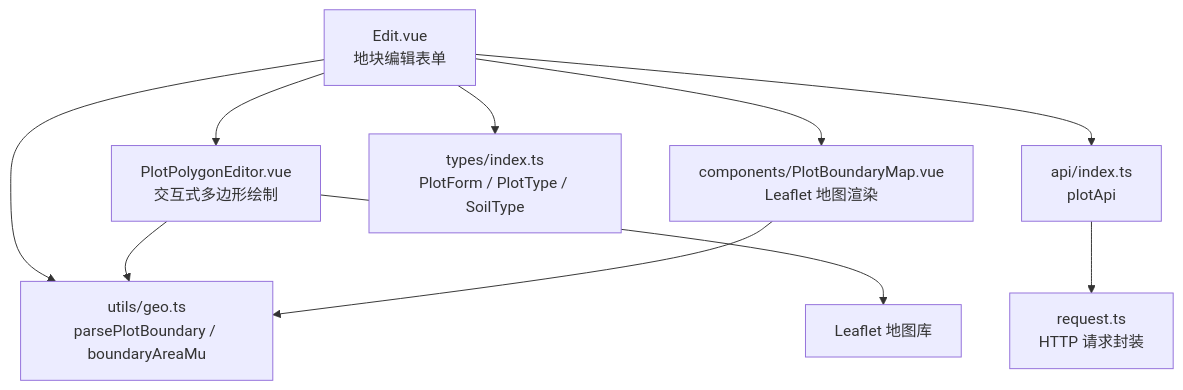
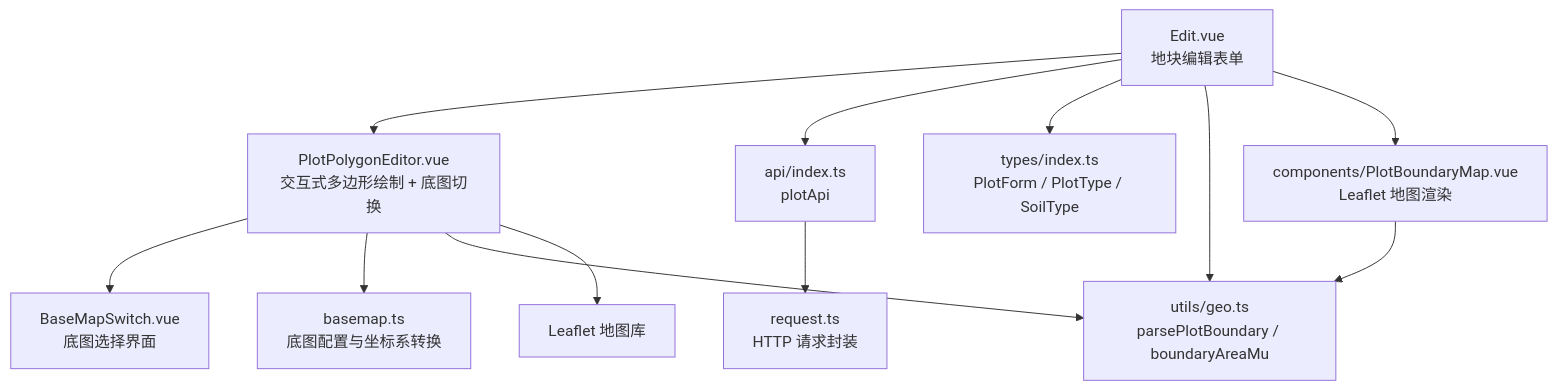
One commit to q446328246/agri-platform changed the first of 9 diagrams in .qoder/repowiki/zh/content/前端应用文档/核心页面/地块管理页面/地块编辑页面.md. Above: the diagram before and after it, drawn with Mermaid. The commit also changed other lines of this file and 48 other files, not shown here.

````diff
--- a/.qoder/repowiki/zh/content/前端应用文档/核心页面/地块管理页面/地块编辑页面.md
+++ b/.qoder/repowiki/zh/content/前端应用文档/核心页面/地块管理页面/地块编辑页面.md
@@ -51,12 +58,14 @@
 ```mermaid
 graph TB
-Edit["Edit.vue<br/>地块编辑表单"] --> PlotPolygonEditor["PlotPolygonEditor.vue<br/>交互式多边形绘制"]
+Edit["Edit.vue<br/>地块编辑表单"] --> PlotPolygonEditor["PlotPolygonEditor.vue<br/>交互式多边形绘制 + 底图切换"]
+PlotPolygonEditor --> BaseMapSwitch["BaseMapSwitch.vue<br/>底图选择界面"]
+PlotPolygonEditor --> BasemapUtils["basemap.ts<br/>底图配置与坐标系转换"]
 Edit --> PlotApi["api/index.ts<br/>plotApi"]
 Edit --> Types["types/index.ts<br/>PlotForm / PlotType / SoilType"]
 Edit --> GeoUtils["utils/geo.ts<br/>parsePlotBoundary / boundaryAreaMu"]
 Edit --> MapComp["components/PlotBoundaryMap.vue<br/>Leaflet 地图渲染"]
 PlotPolygonEditor --> GeoUtils
 PlotPolygonEditor --> L["Leaflet 地图库"]
 MapComp --> GeoUtils
 PlotApi --> Request["request.ts<br/>HTTP 请求封装"]
 ```
````
